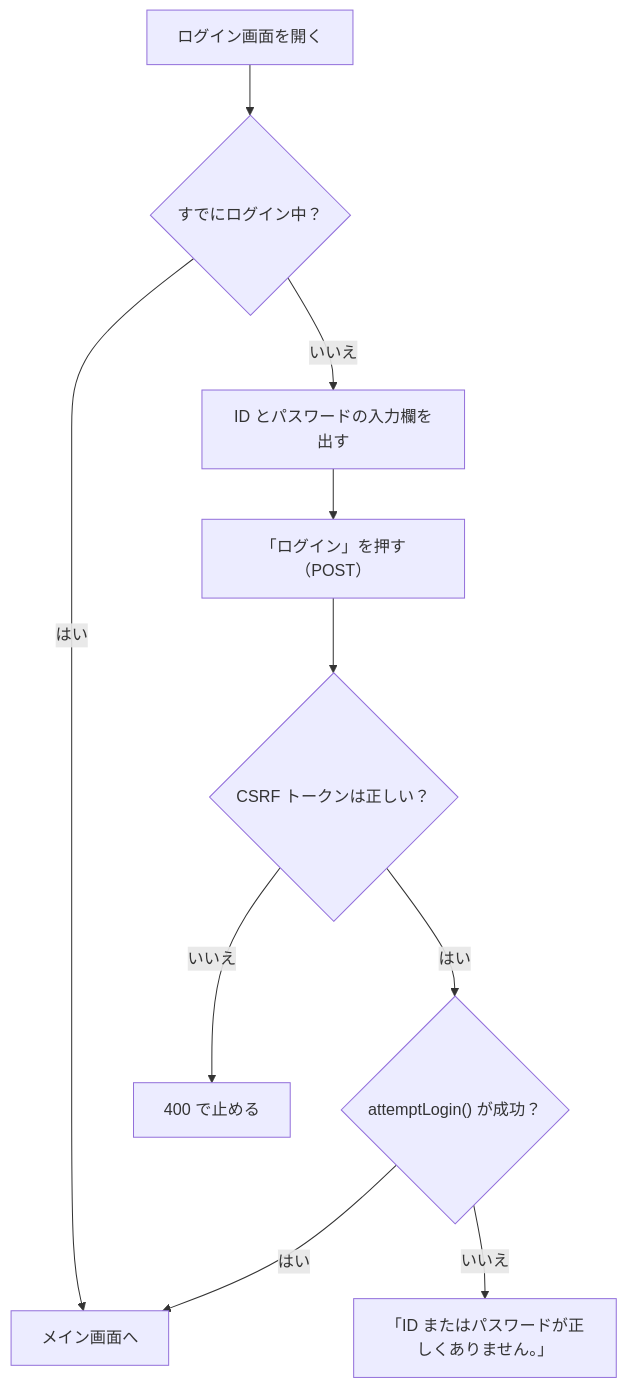
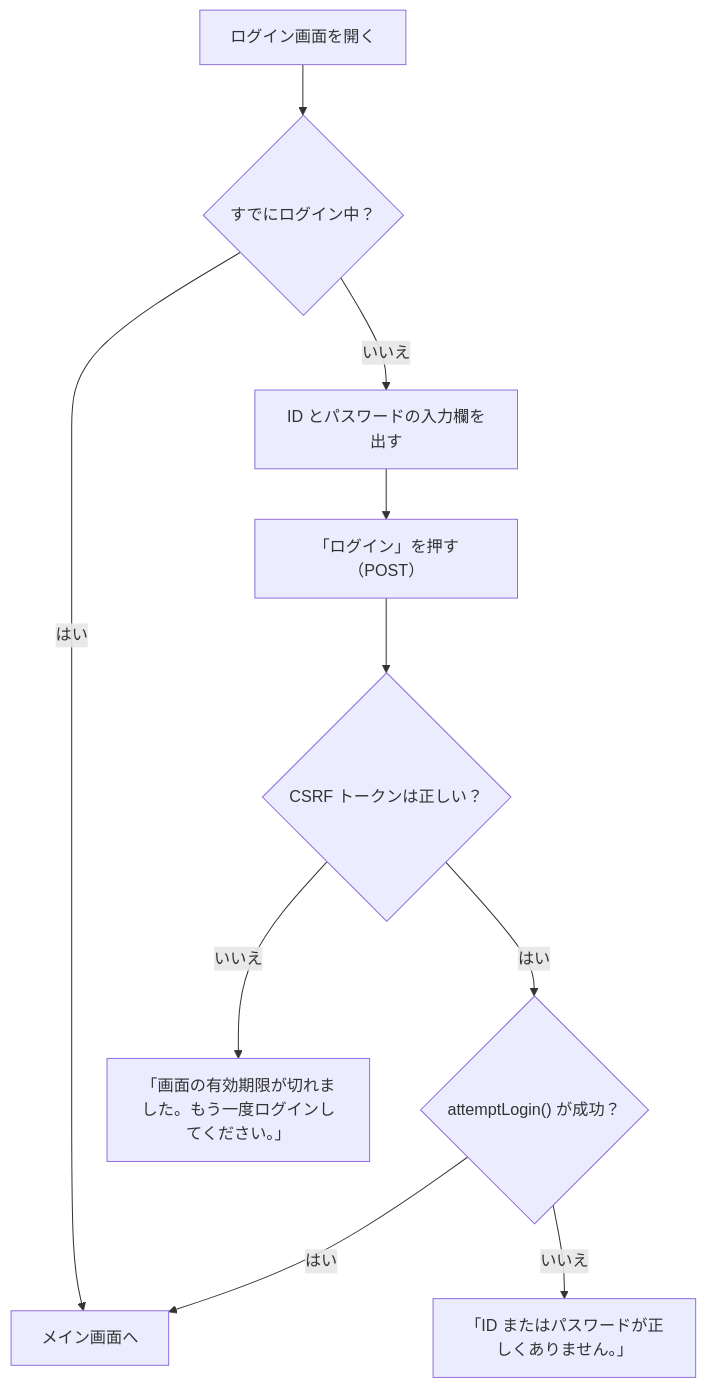
Before and after one commit to 9r4/nm_attendance: the diagram in docs/解説/03_ログインと権限.md, drawn with Mermaid. The commit also changed other lines of this file and 37 other files, not shown here.

````diff
--- a/docs/解説/03_ログインと権限.md
+++ b/docs/解説/03_ログインと権限.md
@@ -7,12 +7,12 @@
 ```mermaid
 flowchart TD
     A[ログイン画面を開く] --> B{すでにログイン中？}
     B -- はい --> M[メイン画面へ]
     B -- いいえ --> C[ID とパスワードの入力欄を出す]
     C --> D[「ログイン」を押す（POST）]
     D --> E{CSRF トークンは正しい？}
-    E -- いいえ --> X[400 で止める]
+    E -- いいえ --> X[「画面の有効期限が切れました。もう一度ログインしてください。」]
     E -- はい --> F{"attemptLogin() が成功？"}
     F -- はい --> M
     F -- いいえ --> G[「ID またはパスワードが正しくありません。」]
 ```
````
